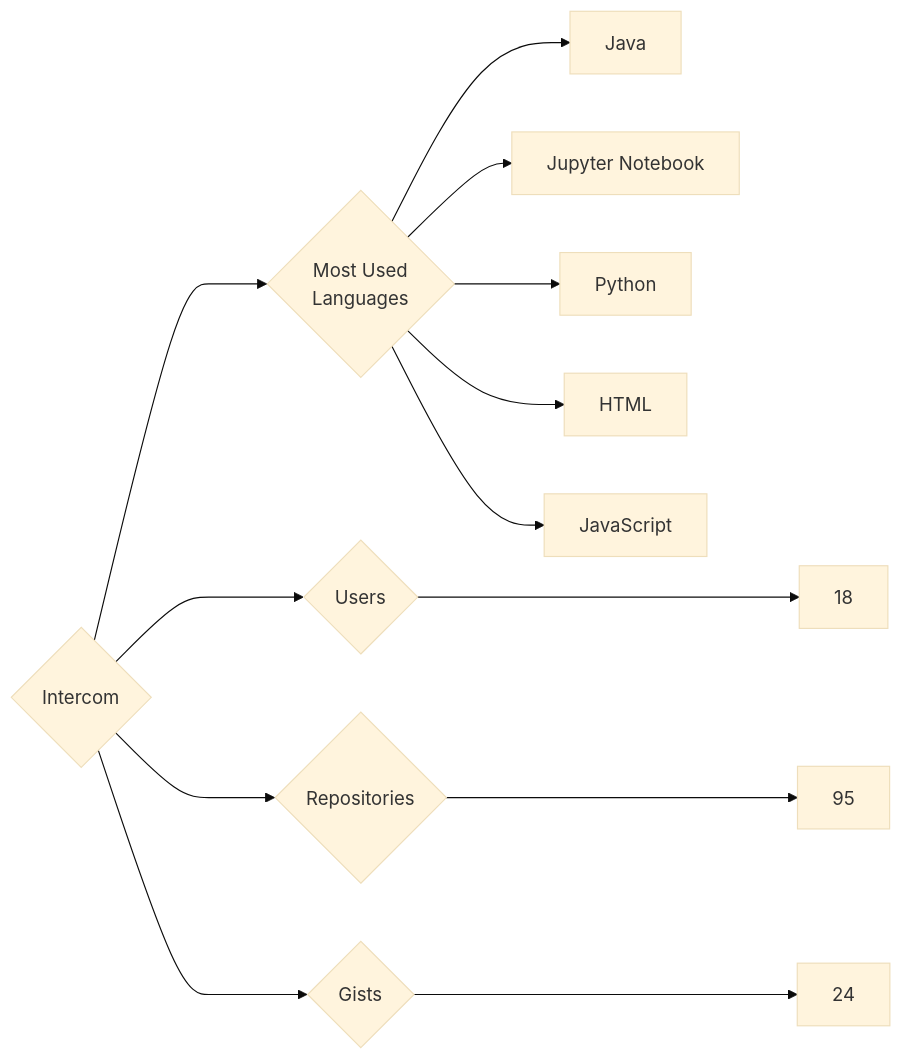
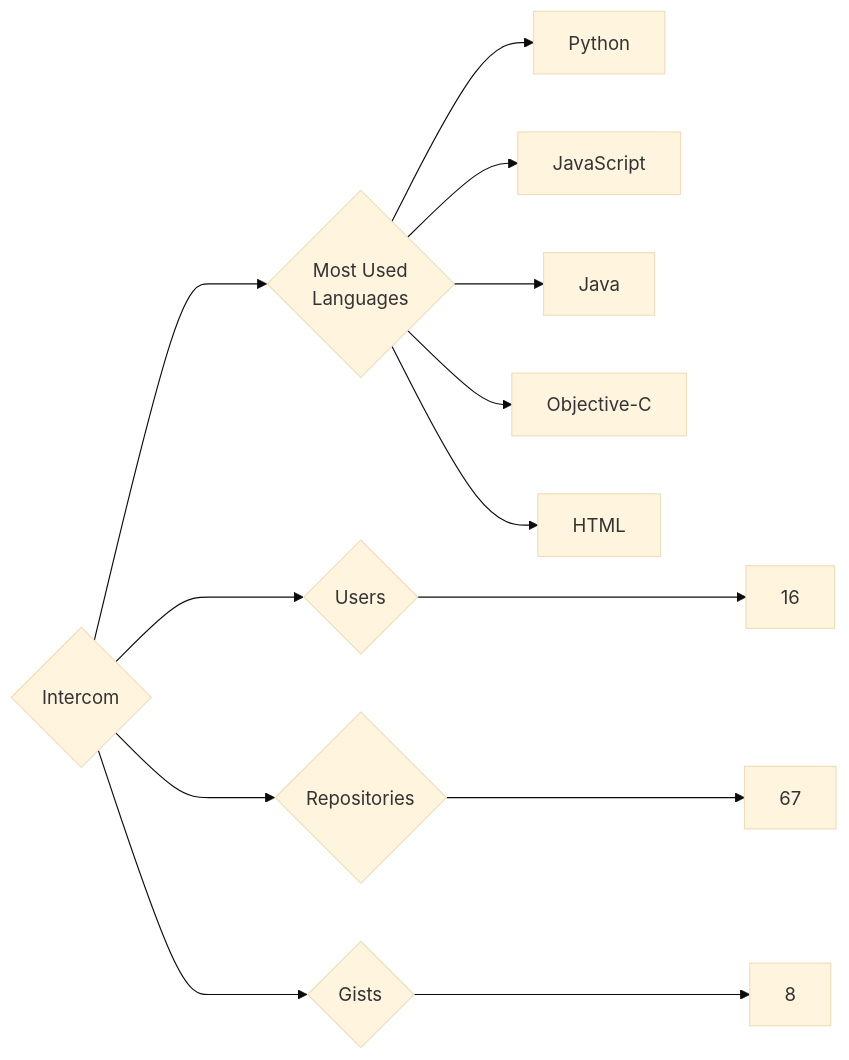
The diagram in targets/Intercom/README.md (trickest/insiders), drawn with Mermaid (base theme) before and after one commit. The commit also changed 1149 other files, not shown here.

````diff
--- a/targets/Intercom/README.md
+++ b/targets/Intercom/README.md
@@ -3,13 +3,13 @@
 ```mermaid
 graph LR
 COMPANY_NAME{Intercom}
-COMPANY_NAME ---> U{Users} ---> UN[18]
-COMPANY_NAME ---> R{Repositories} ---> RN[95]
-COMPANY_NAME ---> G{Gists} ---> GN[24]
+COMPANY_NAME ---> U{Users} ---> UN[16]
+COMPANY_NAME ---> R{Repositories} ---> RN[67]
+COMPANY_NAME ---> G{Gists} ---> GN[8]
 COMPANY_NAME ---> ML{Most Used<br>Languages}
+ML --> Python[Python]
+ML --> JavaScript[JavaScript]
 ML --> Java[Java]
-ML --> Jupyter_Notebook[Jupyter Notebook]
-ML --> Python[Python]
+ML --> Objective-C[Objective-C]
 ML --> HTML[HTML]
-ML --> JavaScript[JavaScript]
 ```
````
